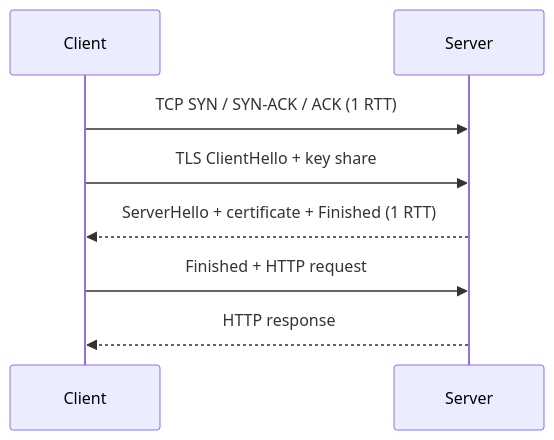
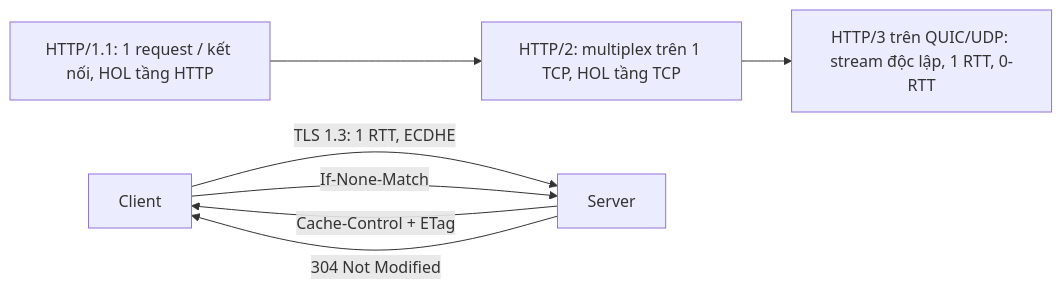
Before and after one commit to passion-Infinity/personal-tech-playbook: the diagram in src/assets/knowledge/playbooks/fundamentals/http-https-tls.md, drawn with Mermaid. The commit also changed other lines of this file and 6 other files, not shown here.

First line of the commit message:
Deep-dive rewrite: networking, HTTP/TLS, OS processes/threads, concurrency, scalability

````diff
--- a/src/assets/knowledge/playbooks/fundamentals/http-https-tls.md
+++ b/src/assets/knowledge/playbooks/fundamentals/http-https-tls.md
@@ -17,10 +32,9 @@
 ```mermaid
-sequenceDiagram
-    participant C as Client
-    participant S as Server
-    C->>S: TCP SYN / SYN-ACK / ACK (1 RTT)
-    C->>S: TLS ClientHello + key share
-    S-->>C: ServerHello + certificate + Finished (1 RTT)
-    C->>S: Finished + HTTP request
-    S-->>C: HTTP response
+flowchart LR
+    H1["HTTP/1.1: 1 request / kết nối, HOL tầng HTTP"] --> H2["HTTP/2: multiplex trên 1 TCP, HOL tầng TCP"]
+    H2 --> H3["HTTP/3 trên QUIC/UDP: stream độc lập, 1 RTT, 0-RTT"]
+    C[Client] -->|"TLS 1.3: 1 RTT, ECDHE"| S[Server]
+    S -->|"Cache-Control + ETag"| C
+    C -->|"If-None-Match"| S
+    S -->|"304 Not Modified"| C
 ```
````
